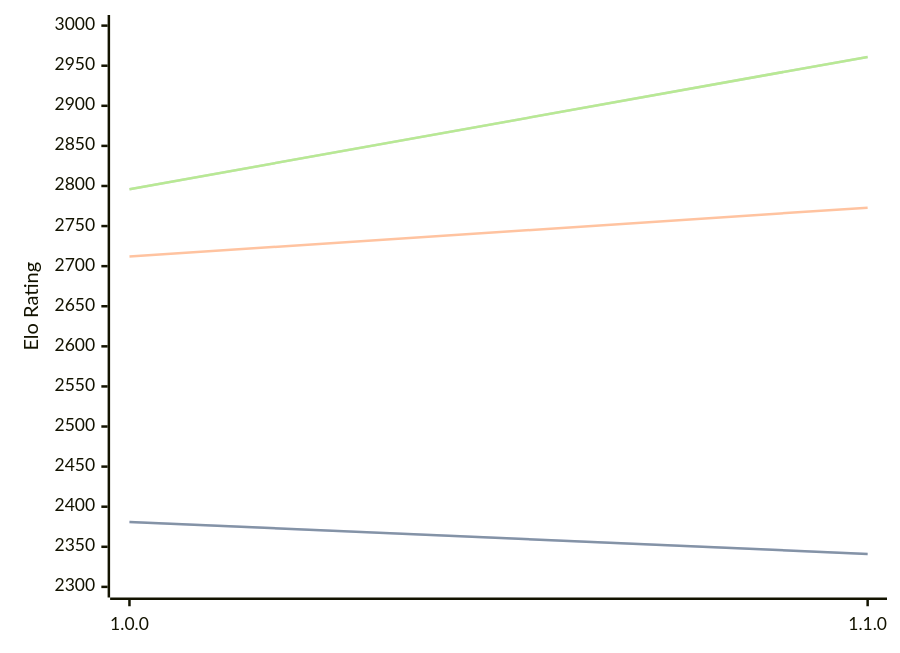
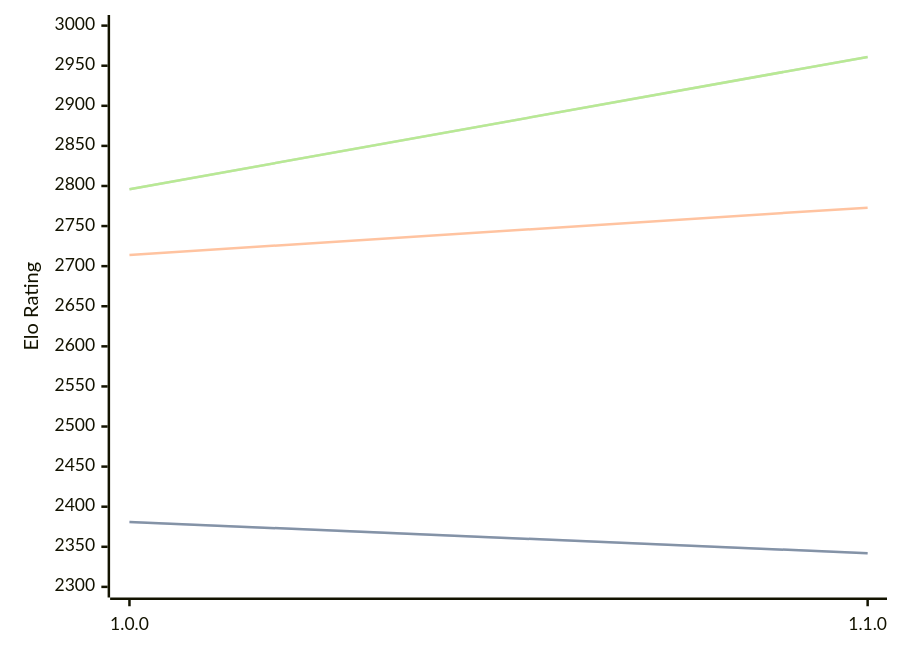
One commit to computer-chess-index/cci changed the diagram in engines/ShallowGuess.md. Above: the diagram before and after it, drawn with Mermaid. The commit also changed other lines of this file, not shown here.

````diff
--- a/engines/ShallowGuess.md
+++ b/engines/ShallowGuess.md
@@ -36,11 +36,11 @@
 ```mermaid
 %%{init: {"theme":"base","themeVariables":{"seriesColors:['#a3a3a3','#222221','#faa371']}}}%%
 xychart-beta
   x-axis ["1.0.0", "1.1.0"]
   y-axis "Elo Rating" 2300 --> 3000
-  line "STC (8.0+0.08s)" [2381, 2341]
-  line "STC (8.0+0.08s)" [2381, 2341]
-  line "LTC (60.0+0.60s)" [2712, 2773]
+  line "STC (8.0+0.08s)" [2381, 2342]
+  line "STC (8.0+0.08s)" [2381, 2342]
+  line "LTC (60.0+0.60s)" [2714, 2773]
   line "VLTC (2m24s+1.12s)" [2796, 2961]
   line "VLTC (2m24s+1.12s)" [2796, 2961]
 ```
````
